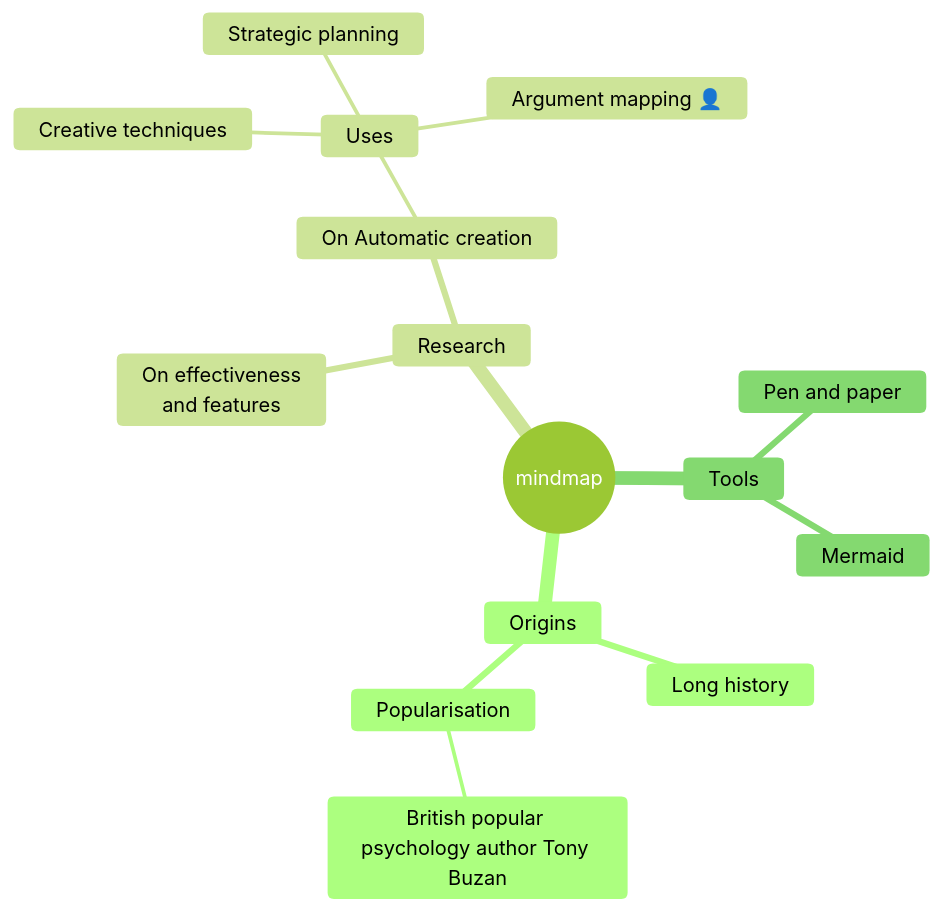
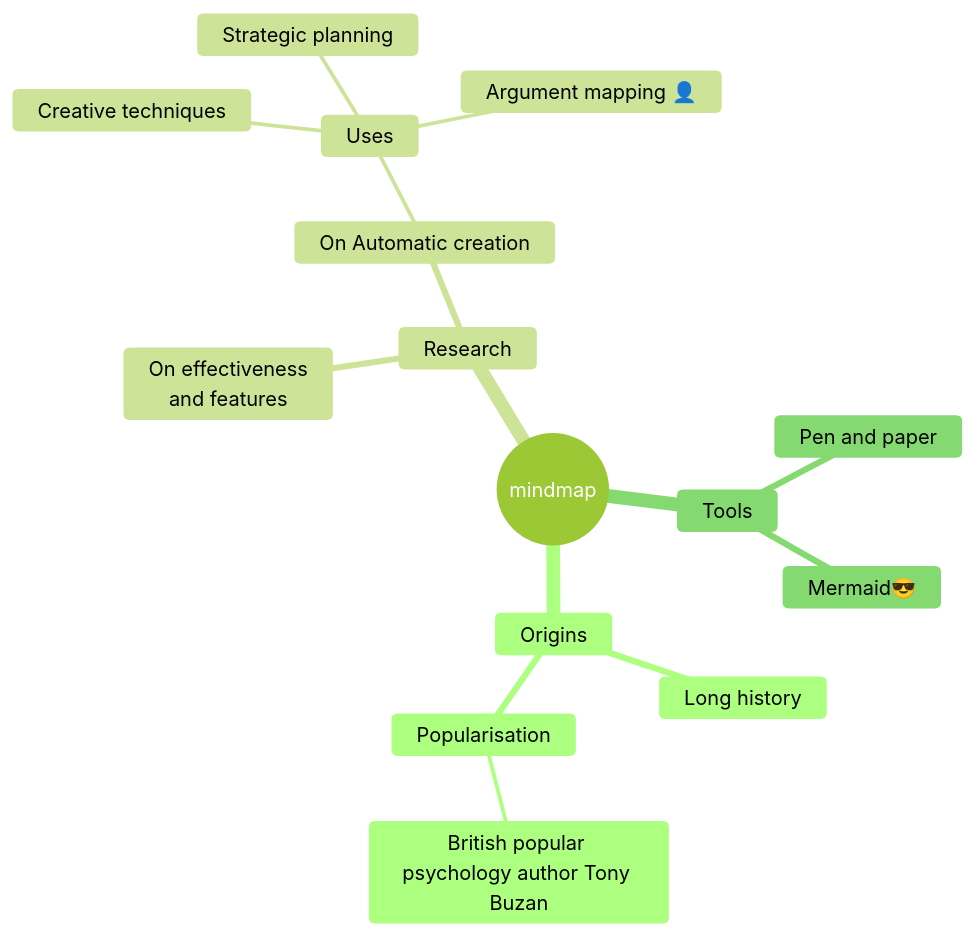
One commit to singhanmolpreet/mermaid changed the fifth of 5 diagrams in README.md. Above: the diagram before and after it, drawn with Mermaid (forest theme).

````diff
--- a/README.md
+++ b/README.md
@@ -44,19 +44,19 @@
 ``` mermaid
 mindmap
   root((mindmap))
     Origins
       Long history
       ::icon(fa fa-book)
       Popularisation
         British popular psychology author Tony Buzan
     Research
       On effectiveness<br/>and features
       On Automatic creation
         Uses
             Creative techniques
             Strategic planning
             Argument mapping 👤
     Tools
       Pen and paper
-      Mermaid
+      Mermaid😎
 ```
````
